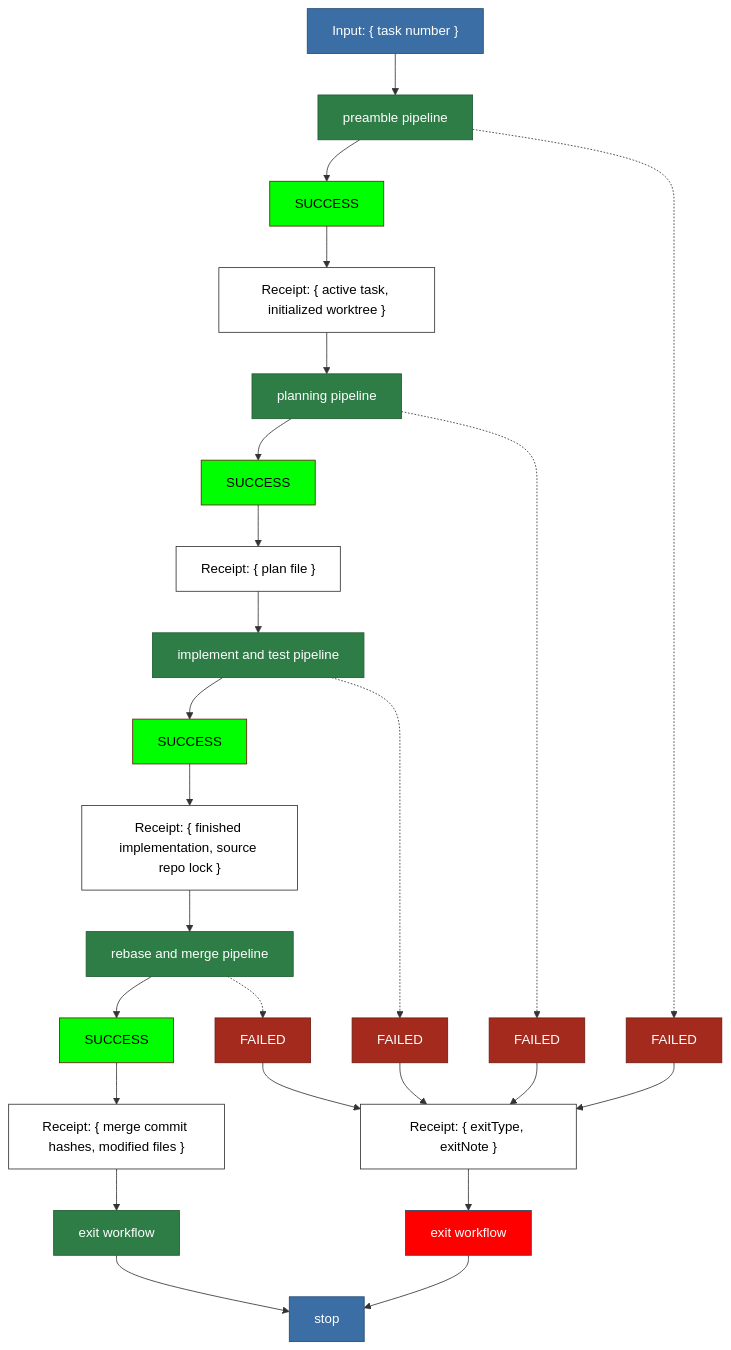
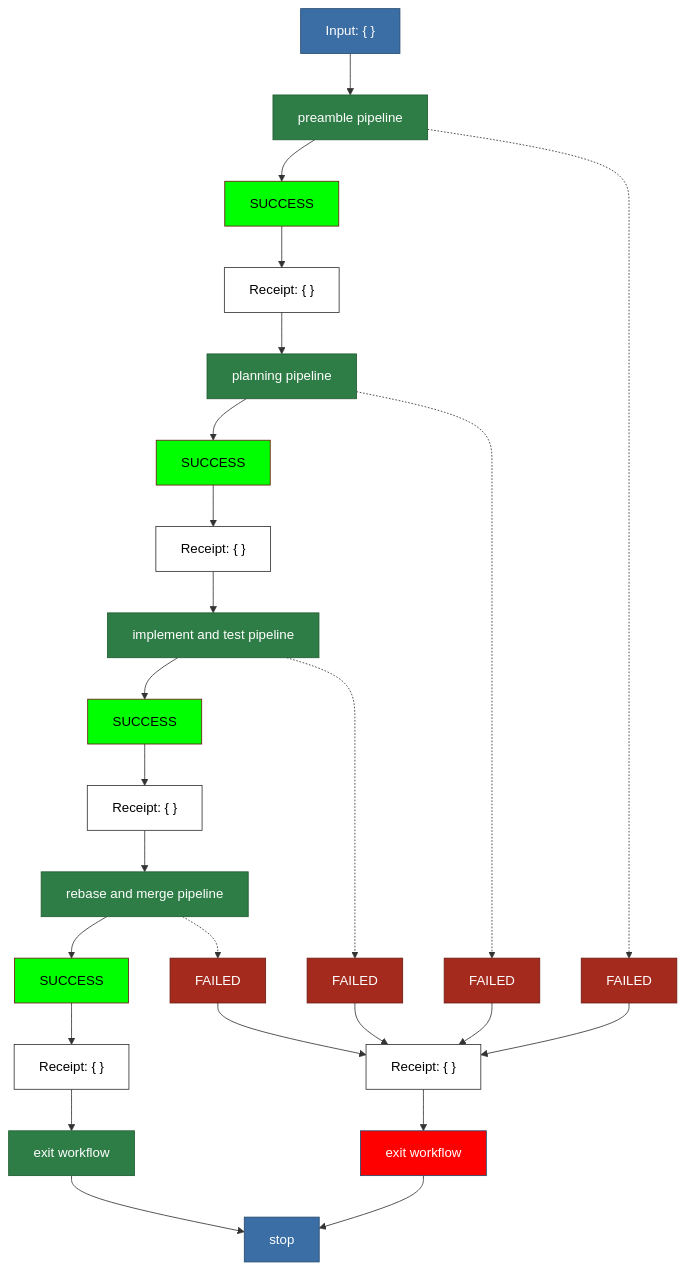
Before and after one commit to matkatmusic/taskTools: the diagram in plans/diagram/pipeline.mmd, drawn with Mermaid. The commit also changed 22 other files, not shown here.

```diff
--- a/plans/diagram/pipeline.mmd
+++ b/plans/diagram/pipeline.mmd
@@ -1,61 +1,61 @@
 flowchart TB
 %% OVERVIEW. One block per pipeline. Each block is drawn in full in its own file:
 %%   preamble pipeline           pipeline-preamble.mmd
 %%   planning pipeline           pipeline-planning.mmd
 %%   implement and test pipeline pipeline-implementTest.mmd
 %%   rebase and merge pipeline   pipeline-rebaseMerge.mmd
 %%   exit workflow               pipeline-exitWorkflow.mmd
 %% The dotted arrow out of each block is that block's early exit, drawn as one
 %% arrow here. The exit types it carries are listed in that block's own file.
 %% Every "exit workflow" box is the SAME workflow, drawn once per caller so the
 %% arrows stay readable.
 %% Every pipeline emits a white Receipt block, on both paths: the success receipt
 %% is the next pipeline's input, the failure receipt is the exit workflow's.
 %% Exit types, one per path that reaches [stop]:
 %%   completed          - archived to completedTasks.json
 %%   invalid-number     - not in tasks.json or completedTasks.json
 %%   already-active     - a previous run left the task active
 %%   blocked            - an open blocker remains
 %%   plan-scrapped      - codex scrapped the plan twice
 %%   tests-red          - task tests still failing after 2 fix attempts
 %%   tests-flagged      - codex flagged the tests twice
 %%   suite-red          - full suite still failing after 2 fix attempts
 %%   rebase-stuck       - the rebase did not advance after 2 conflict fixes
 %%   merge-failed       - the merge did not land twice
 %%   fence-violation    - a step changed a file the task does not own
 %%   run-failed         - a script failed operationally; can leave ANY green box
 %%                        in any pipeline
 
-  TASK_NUMBER_INPUT["Input: { task number }"] --> PREAMBLE_PIPELINE["preamble pipeline"]
-  PREAMBLE_PIPELINE --> PREAMBLE_PIPELINE_SUCCESS["SUCCESS"] --> ACTIVE_TASK_WORKTREE_RECEIPT["Receipt: { active task, initialized worktree }"]
+  TASK_NUMBER_INPUT["Input: { }"] --> PREAMBLE_PIPELINE["preamble pipeline"]
+  PREAMBLE_PIPELINE --> PREAMBLE_PIPELINE_SUCCESS["SUCCESS"] --> ACTIVE_TASK_WORKTREE_RECEIPT["Receipt: { }"]
   ACTIVE_TASK_WORKTREE_RECEIPT --> PLANNING_PIPELINE["planning pipeline"]
-  PLANNING_PIPELINE --> PLANNING_PIPELINE_SUCCESS["SUCCESS"] --> PLAN_FILE_RECEIPT["Receipt: { plan file }"]
+  PLANNING_PIPELINE --> PLANNING_PIPELINE_SUCCESS["SUCCESS"] --> PLAN_FILE_RECEIPT["Receipt: { }"]
   PLAN_FILE_RECEIPT --> IMPLEMENT_AND_TEST_PIPELINE["implement and test pipeline"]
-  IMPLEMENT_AND_TEST_PIPELINE --> IMPLEMENT_AND_TEST_PIPELINE_SUCCESS["SUCCESS"] --> FINISHED_IMPLEMENTATION_RECEIPT["Receipt: { finished implementation, source repo lock }"]
+  IMPLEMENT_AND_TEST_PIPELINE --> IMPLEMENT_AND_TEST_PIPELINE_SUCCESS["SUCCESS"] --> FINISHED_IMPLEMENTATION_RECEIPT["Receipt: { }"]
   FINISHED_IMPLEMENTATION_RECEIPT --> REBASE_AND_MERGE_PIPELINE["rebase and merge pipeline"]
-  REBASE_AND_MERGE_PIPELINE --> REBASE_AND_MERGE_PIPELINE_SUCCESS["SUCCESS"] --> MERGE_RECEIPT["Receipt: { merge commit hashes, modified files }"]
+  REBASE_AND_MERGE_PIPELINE --> REBASE_AND_MERGE_PIPELINE_SUCCESS["SUCCESS"] --> MERGE_RECEIPT["Receipt: { }"]
   MERGE_RECEIPT --> EXIT_WORKFLOW_SUCCESS["exit workflow"]
   EXIT_WORKFLOW_SUCCESS --> STOP["stop"]
 
   PREAMBLE_PIPELINE -.-> PREAMBLE_PIPELINE_FAIL["FAILED"]
-  PREAMBLE_PIPELINE_FAIL --> PIPELINE_FAILURE_RECEIPT["Receipt: { exitType, exitNote }"]
+  PREAMBLE_PIPELINE_FAIL --> PIPELINE_FAILURE_RECEIPT["Receipt: { }"]
   PIPELINE_FAILURE_RECEIPT --> EXIT_WORKFLOW_FAILURE["exit workflow"]
 
   PLANNING_PIPELINE -.-> PLANNING_PIPELINE_FAIL["FAILED"] --> PIPELINE_FAILURE_RECEIPT
   IMPLEMENT_AND_TEST_PIPELINE -.-> IMPLEMENT_AND_TEST_PIPELINE_FAIL["FAILED"] --> PIPELINE_FAILURE_RECEIPT
 
   REBASE_AND_MERGE_PIPELINE -.-> REBASE_AND_MERGE_PIPELINE_FAIL["FAILED"] --> PIPELINE_FAILURE_RECEIPT
   EXIT_WORKFLOW_FAILURE --> STOP
 
   classDef pipeline fill:#2f7d46,stroke:#1e5c31,color:#ffffff
   classDef receipt fill:#ffffff,stroke:#333333,color:#000000
   classDef output fill:#3b6ea5,stroke:#254a70,color:#ffffff
   classDef fail fill:red,stroke:#254a70,color:#ffffff
   classDef nopass fill:#a52a1e,stroke:#6d1a12,color:#ffffff
   classDef pass fill:#00ff00,stroke:#6d1a12,color:#000000
   class PREAMBLE_PIPELINE,PLANNING_PIPELINE,IMPLEMENT_AND_TEST_PIPELINE,REBASE_AND_MERGE_PIPELINE,EXIT_WORKFLOW_SUCCESS pipeline
   class ACTIVE_TASK_WORKTREE_RECEIPT,PLAN_FILE_RECEIPT,FINISHED_IMPLEMENTATION_RECEIPT,MERGE_RECEIPT,PIPELINE_FAILURE_RECEIPT receipt
   class PREAMBLE_PIPELINE_SUCCESS,PLANNING_PIPELINE_SUCCESS,IMPLEMENT_AND_TEST_PIPELINE_SUCCESS,REBASE_AND_MERGE_PIPELINE_SUCCESS pass
   class PREAMBLE_PIPELINE_FAIL,PLANNING_PIPELINE_FAIL,IMPLEMENT_AND_TEST_PIPELINE_FAIL,REBASE_AND_MERGE_PIPELINE_FAIL nopass
   class EXIT_WORKFLOW_FAILURE fail
   class TASK_NUMBER_INPUT,STOP output
```
